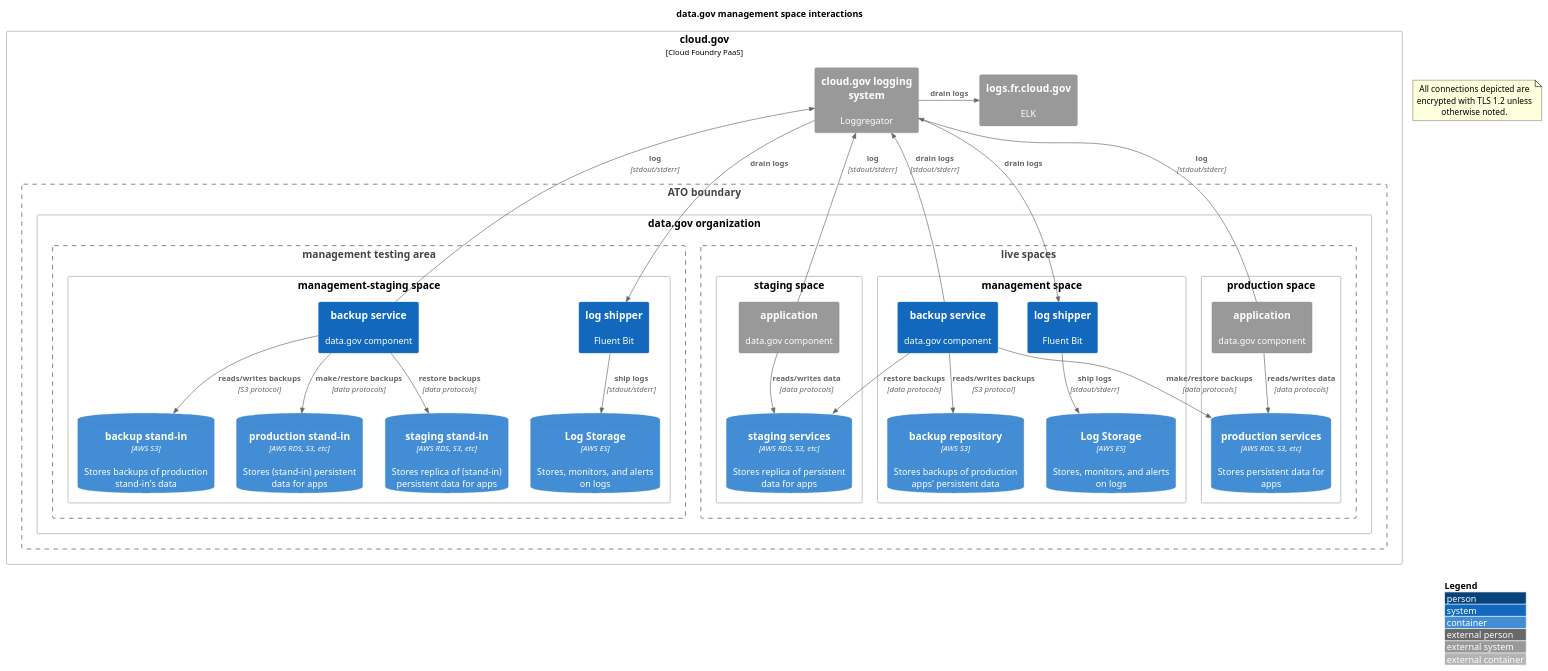
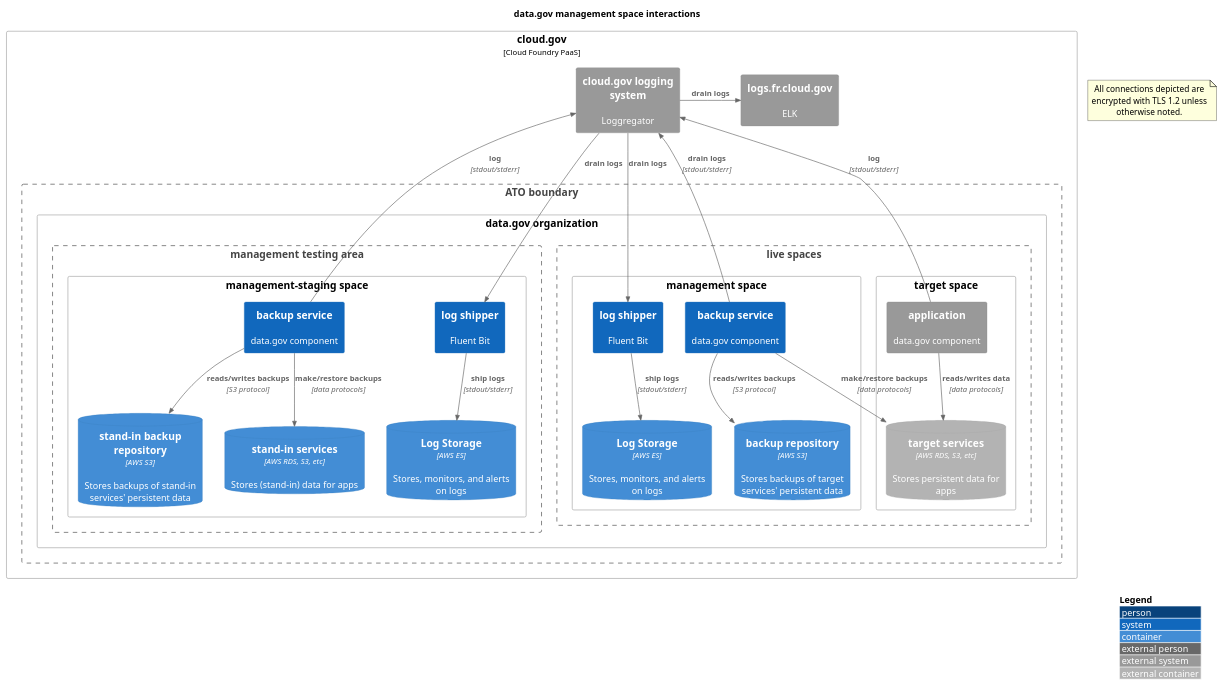
Before and after one commit to GSA/datagov-compliance: the diagram in management-space.md, drawn with PlantUML. The commit also changed 1 other file, not shown here.

Commit message:
Replace separate staging and production space boundaries with "target space"

````diff
--- a/management-space.md
+++ b/management-space.md
@@ -3,75 +3,66 @@
 ```plantuml
 @startuml
 !include https://raw.githubusercontent.com/plantuml-stdlib/C4-PlantUML/master/C4_Deployment.puml
 LAYOUT_WITH_LEGEND()
 title data.gov management space interactions
 note as EncryptionNote
   All connections depicted are encrypted with TLS 1.2 unless otherwise noted.
 end note
 Deployment_Node(cloudgov, "cloud.gov", "Cloud Foundry PaaS") {
     System_Ext(cloudgov_loggregator, "cloud.gov logging system", "Loggregator")
     System_Ext(cloudgov_logs, "logs.fr.cloud.gov", "ELK")
     Boundary(atob, "ATO boundary") {
         Deployment_Node(organization, "data.gov organization") {
             Boundary(ms_staging_boundary, "management testing area") {
                 Deployment_Node(ms_space, "management-staging space") {
                     System(ms_dumper, "backup service", "data.gov component")
                     System(ms_drain, "log shipper", "Fluent Bit")
                     ContainerDb(ms_es_logs, "Log Storage", "AWS ES", "Stores, monitors, and alerts on logs")
-                    ContainerDb(ms_services, "production stand-in", "AWS RDS, S3, etc", "Stores (stand-in) persistent data for apps")
-                    ContainerDb(ms_replica_services, "staging stand-in", "AWS RDS, S3, etc", "Stores replica of (stand-in) persistent data for apps")
-                    ContainerDb(ms_backups, "backup stand-in", "AWS S3", "Stores backups of production stand-in's data")
+                    ContainerDb(ms_services, "stand-in services", "AWS RDS, S3, etc", "Stores (stand-in) data for apps")
+                    ContainerDb(ms_backups, "stand-in backup repository", "AWS S3", "Stores backups of stand-in services' persistent data")
                 }
             }
             Boundary(ms_prod_boundary, "live spaces") {
-                Deployment_Node(staging_space, "staging space") {
-                    System_Ext(staging_app, "application", "data.gov component")
-                    ContainerDb(staging_services, "staging services", "AWS RDS, S3, etc", "Stores replica of persistent data for apps")
-                }
                 Deployment_Node(management_space, "management space") {
                     System(management_dumper, "backup service", "data.gov component")
-                    ContainerDb(manangement_backups, "backup repository", "AWS S3", "Stores backups of production apps' persistent data")
+                    ContainerDb(manangement_backups, "backup repository", "AWS S3", "Stores backups of target services' persistent data")
                     System(management_drain, "log shipper", "Fluent Bit")
                     ContainerDb(es_logs, "Log Storage", "AWS ES", "Stores, monitors, and alerts on logs")
                 }
-                Deployment_Node(production_space, "production space") {
-                    System_Ext(production_app, "application", "data.gov component")
-                    ContainerDb(production_services, "production services", "AWS RDS, S3, etc", "Stores persistent data for apps")
+                Deployment_Node(target_space, "target space") {
+                    System_Ext(target_app, "application", "data.gov component")
+                    ContainerDb_Ext(target_services, "target services", "AWS RDS, S3, etc", "Stores persistent data for apps")
                 }
             }
         }
     }
 }
 
 ' app->service usage
-Rel(staging_app, staging_services, "reads/writes data", "data protocols")
-Rel(production_app, production_services, "reads/writes data", "data protocols")
+Rel(target_app, target_services, "reads/writes data", "data protocols")
 
 ' Backups flow
-Rel(ms_dumper, ms_replica_services, "restore backups", "data protocols")
 Rel(ms_dumper, ms_backups, "reads/writes backups", "S3 protocol")
 Rel(ms_dumper, ms_services, "make/restore backups", "data protocols")
 Rel(management_dumper, manangement_backups, "reads/writes backups", "S3 protocol")
-Rel(management_dumper, production_services, "make/restore backups", "data protocols")
-Rel(management_dumper, staging_services, "restore backups", "data protocols")
+Rel(management_dumper, target_services, "make/restore backups", "data protocols")
 
 ' Logging
 Rel_Up(management_dumper, cloudgov_loggregator, "drain logs", "stdout/stderr")
-Rel_Up(staging_app, cloudgov_loggregator, "log", "stdout/stderr")
-Rel_Up(production_app, cloudgov_loggregator, "log", "stdout/stderr")
+Rel_Up(target_app, cloudgov_loggregator, "log", "stdout/stderr")
 Rel_Up(ms_dumper, cloudgov_loggregator, "log", "stdout/stderr")
 
 ' The drains themselves also log, but this just gets confusing if we show it
 'Rel_Up(management_drain, cloudgov_loggregator, "log", "stdout/stderr")
 'Rel_Up(ms_drain, cloudgov_loggregator, "log", "stdout/stderr")
 
 'Log draining
 Rel_Down(cloudgov_loggregator, management_drain, "drain logs")
 Rel_Down(cloudgov_loggregator, ms_drain, "drain logs")
 Rel_Right(cloudgov_loggregator, cloudgov_logs, "drain logs")
 
 'Log shipping
 Rel(management_drain, es_logs, "ship logs", "stdout/stderr")
 Rel(ms_drain, ms_es_logs, "ship logs", "stdout/stderr")
 @enduml
 ```
````
